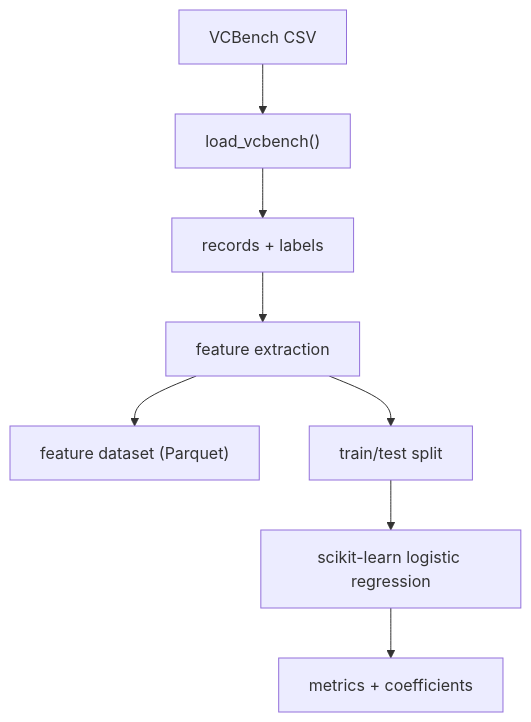
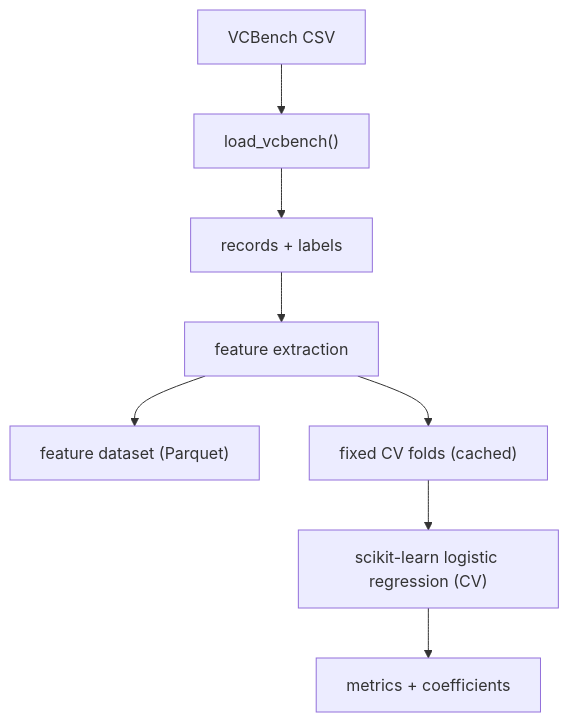
One commit to tick-tock-code/Vela_internship_TRL changed the diagram in 5_llm_reasoning/docs/architecture.md. Above: the diagram before and after it, drawn with Mermaid. The commit also changed other lines of this file and 93 other files, not shown here.

````diff
--- a/5_llm_reasoning/docs/architecture.md
+++ b/5_llm_reasoning/docs/architecture.md
@@ -34,10 +34,10 @@
 ```mermaid
 flowchart TD
   A["VCBench CSV"] --> B["load_vcbench()"]
   B --> C["records + labels"]
   C --> D["feature extraction"]
   D --> E["feature dataset (Parquet)"]
-  D --> F["train/test split"]
-  F --> G["scikit-learn logistic regression"]
+  D --> F["fixed CV folds (cached)"]
+  F --> G["scikit-learn logistic regression (CV)"]
   G --> H["metrics + coefficients"]
 ```
````
